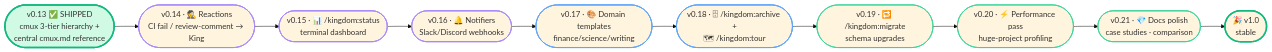
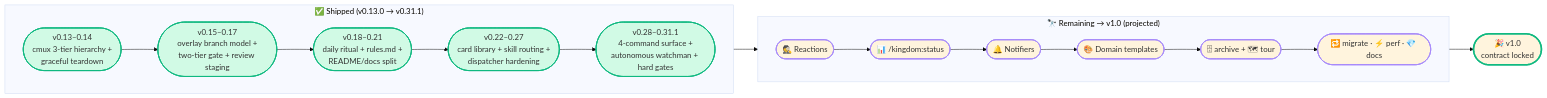
One commit to chatthong/kingdom changed the diagram in PLAN.md. Above: the diagram before and after it, drawn with Mermaid (base theme). The commit also changed other lines of this file, not shown here.

Commit message:
docs: refresh PLAN.md roadmap to reflect v0.31.1 shipped state

````diff
--- a/PLAN.md
+++ b/PLAN.md
@@ -40,27 +51,32 @@
 ```mermaid
 graph LR
-    V013([v0.13 ✅ SHIPPED<br/>cmux 3-tier hierarchy +<br/>central cmux.md reference])
-    V014([v0.14 · 🕵️ Reactions<br/>CI fail / review-comment → King])
-    V015([v0.15 · 📊 /kingdom:status<br/>terminal dashboard])
-    V016([v0.16 · 🔔 Notifiers<br/>Slack/Discord webhooks])
-    V017([v0.17 · 🎨 Domain templates<br/>finance/science/writing])
-    V018([v0.18 · 🗄 /kingdom:archive +<br/>🗺 /kingdom:tour])
-    V019([v0.19 · 🔁 /kingdom:migrate<br/>schema upgrades])
-    V020([v0.20 · ⚡ Performance pass<br/>huge-project profiling])
-    V021([v0.21 · 💎 Docs polish<br/>case studies · comparison])
-    V100([🎉 v1.0<br/>stable])
+    subgraph shipped["✅ Shipped (v0.13.0 → v0.31.1)"]
+        direction LR
+        S1([v0.13–0.14<br/>cmux 3-tier hierarchy +<br/>graceful teardown])
+        S2([v0.15–0.17<br/>overlay branch model +<br/>two-tier gate + review staging])
+        S3([v0.18–0.21<br/>daily ritual + rules.md +<br/>README/docs split])
+        S4([v0.22–0.27<br/>card library + skill routing +<br/>dispatcher hardening])
+        S5([v0.28–0.31.1<br/>4-command surface +<br/>autonomous watchman + hard gates])
+        S1 --> S2 --> S3 --> S4 --> S5
+    end
+    subgraph remaining["🔭 Remaining → v1.0 (projected)"]
+        direction LR
+        R1([🕵️ Reactions])
+        R2([📊 /kingdom:status])
+        R3([🔔 Notifiers])
+        R4([🎨 Domain templates])
+        R5([🗄 archive + 🗺 tour])
+        R6([🔁 migrate · ⚡ perf · 💎 docs])
+        R1 --> R2 --> R3 --> R4 --> R5 --> R6
+    end
+    V100([🎉 v1.0<br/>contract locked])
+    S5 --> R1
+    R6 --> V100
 
-    V013 --> V014 --> V015 --> V016 --> V017 --> V018 --> V019 --> V020 --> V021 --> V100
-
-    classDef shipped fill:#d1fae5,stroke:#10b981,stroke-width:3px
-    classDef tier1 stroke:#a78bfa,stroke-width:2px
-    classDef tier2 stroke:#60a5fa,stroke-width:2px
-    classDef tier3 stroke:#34d399,stroke-width:1.5px
+    classDef shippedNode fill:#d1fae5,stroke:#10b981,stroke-width:2px
+    classDef plannedNode stroke:#a78bfa,stroke-width:2px
     classDef stable stroke:#10b981,stroke-width:3px
-
-    class V013 shipped
-    class V014,V015,V016 tier1
-    class V017,V018 tier2
-    class V019,V020,V021 tier3
+    class S1,S2,S3,S4,S5 shippedNode
+    class R1,R2,R3,R4,R5,R6 plannedNode
     class V100 stable
 ```
````
